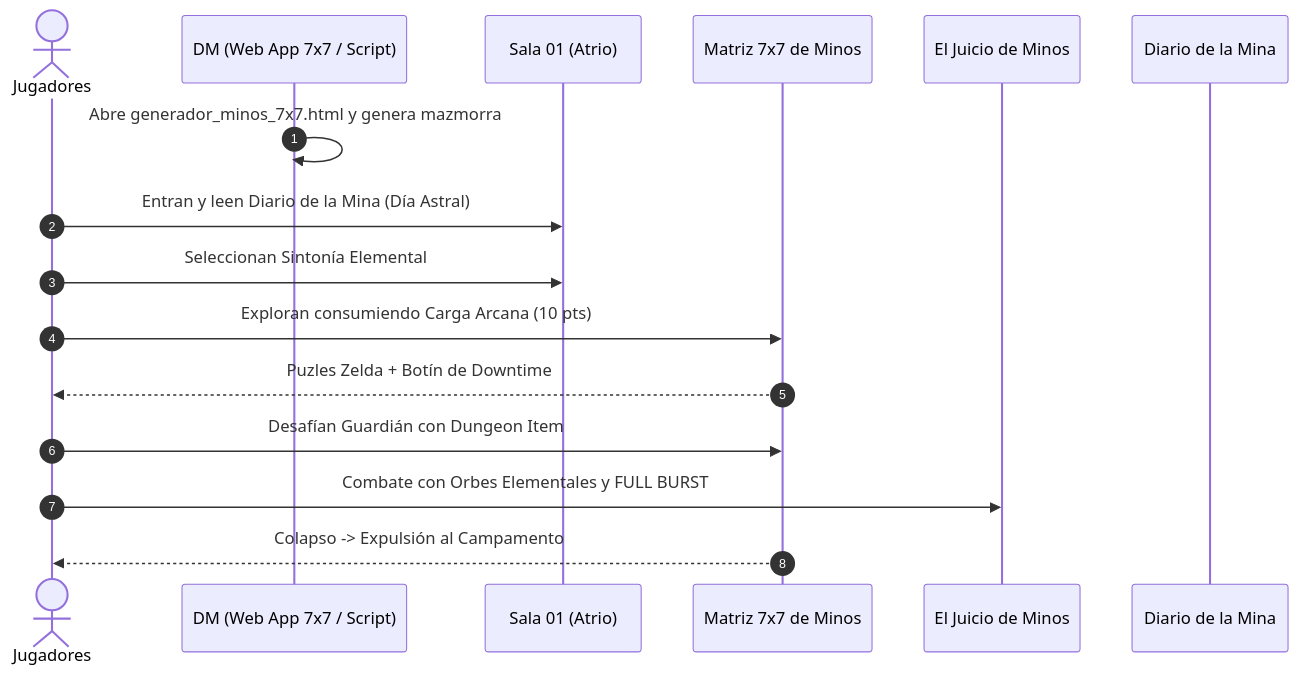
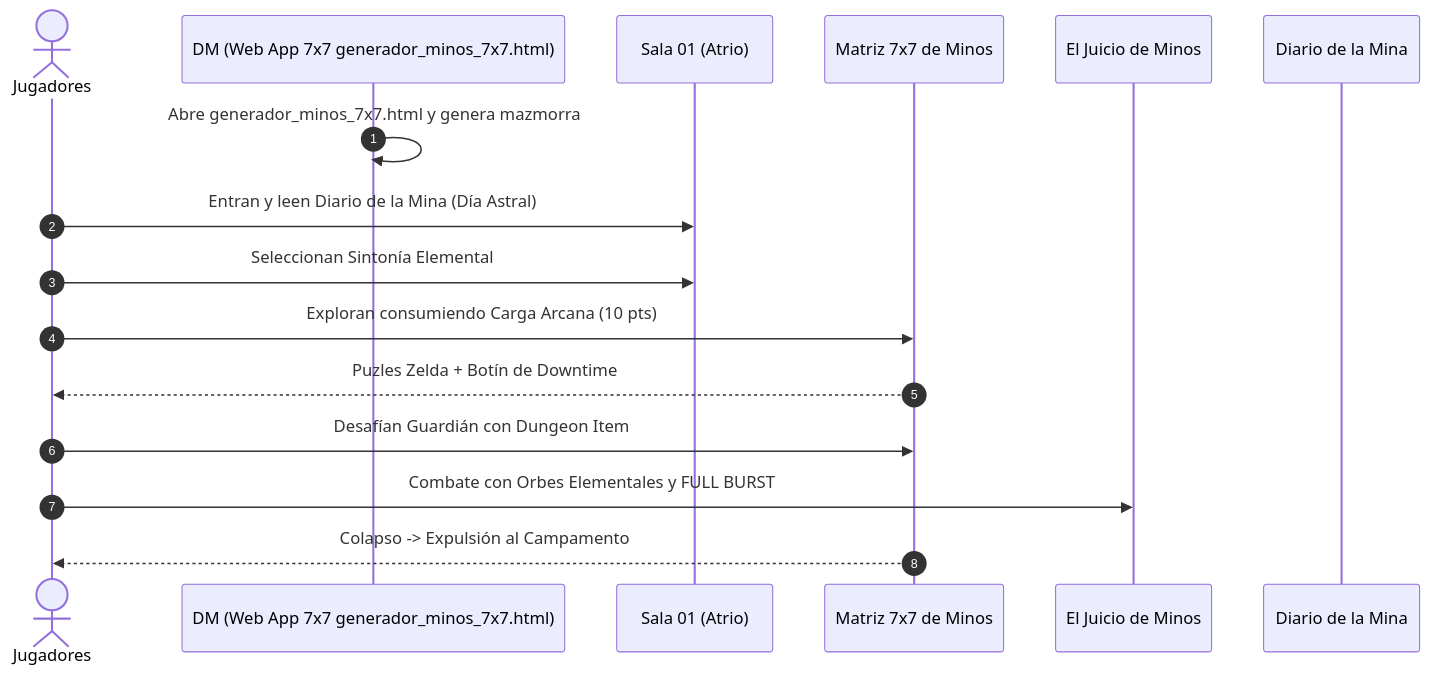
The diagram in 7 - DM/OneShots/ARepeat/El Laberinto de Minos.md (linkmati/ShivathLyss), drawn with Mermaid before and after one commit. The commit also changed other lines of this file and 2 other files, not shown here.

Commit message:
chore: remove unused generador_laberinto.py script and focus docs exclusively on generador_minos_7x7.html

````diff
--- a/7 - DM/OneShots/ARepeat/El Laberinto de Minos.md
+++ b/7 - DM/OneShots/ARepeat/El Laberinto de Minos.md
@@ -39,19 +39,19 @@
 ```mermaid
 sequenceDiagram
     autonumber
     actor Jugadores
-    participant DM as DM (Web App 7x7 / Script)
+    participant DM as DM (Web App 7x7 generador_minos_7x7.html)
     participant Atrio as Sala 01 (Atrio)
     participant Laberinto as Matriz 7x7 de Minos
     participant Boss as El Juicio de Minos
     participant Base as Diario de la Mina
 
     DM->>DM: Abre generador_minos_7x7.html y genera mazmorra
     Jugadores->>Atrio: Entran y leen Diario de la Mina (Día Astral)
     Jugadores->>Atrio: Seleccionan Sintonía Elemental
     Jugadores->>Laberinto: Exploran consumiendo Carga Arcana (10 pts)
     Laberinto-->>Jugadores: Puzles Zelda + Botín de Downtime
     Jugadores->>Laberinto: Desafían Guardián con Dungeon Item
     Jugadores->>Boss: Combate con Orbes Elementales y FULL BURST
     Laberinto-->>Jugadores: Colapso -> Expulsión al Campamento
 ```
````
